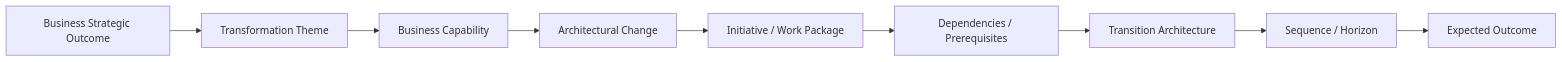
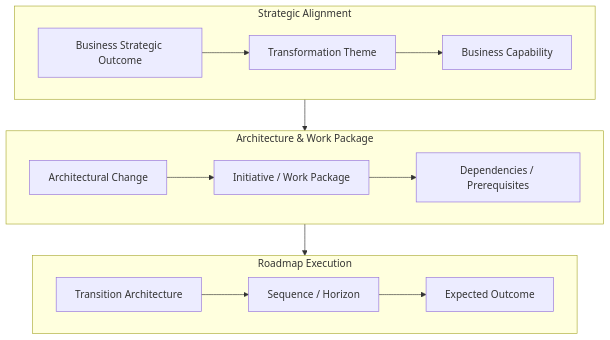
Before and after one commit to avfranco-br/portfolio: diagram 18 of 24 in docs/sop/methods/architecture-assessment-and-roadmap.md, drawn with Mermaid. The commit also changed other lines of this file and 10 other files, not shown here.

Commit message:
Refactor Mermaid diagrams across SOP and methods documentation for legibility

````diff
--- a/docs/sop/methods/architecture-assessment-and-roadmap.md
+++ b/docs/sop/methods/architecture-assessment-and-roadmap.md
@@ -1657,13 +1736,23 @@
 ```mermaid
-flowchart LR
-    A["Business Strategic Outcome"]
-    B["Transformation Theme"]
-    C["Business Capability"]
-    D["Architectural Change"]
-    E["Initiative / Work Package"]
-    F["Dependencies / Prerequisites"]
-    G["Transition Architecture"]
-    H["Sequence / Horizon"]
-    I["Expected Outcome"]
-    A --> B --> C --> D --> E --> F --> G --> H --> I
+flowchart TD
+    subgraph Tier1["Strategic Alignment"]
+        direction LR
+        A["Business Strategic Outcome"] --> B["Transformation Theme"]
+        B --> C["Business Capability"]
+    end
+
+    subgraph Tier2["Architecture & Work Package"]
+        direction LR
+        D["Architectural Change"] --> E["Initiative / Work Package"]
+        E --> F["Dependencies / Prerequisites"]
+    end
+
+    subgraph Tier3["Roadmap Execution"]
+        direction LR
+        G["Transition Architecture"] --> H["Sequence / Horizon"]
+        H --> I["Expected Outcome"]
+    end
+
+    C --> D
+    F --> G
 ```
````
